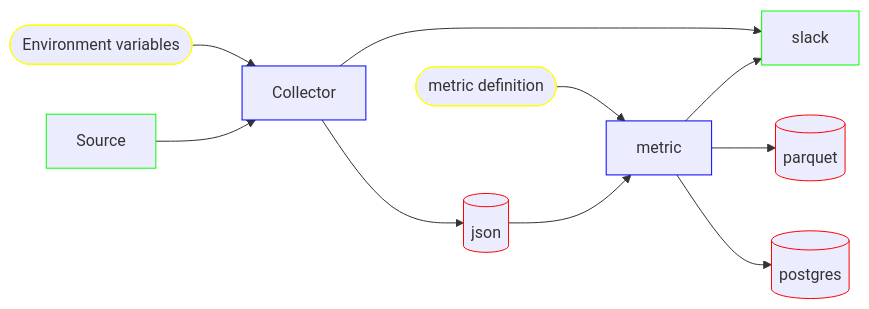
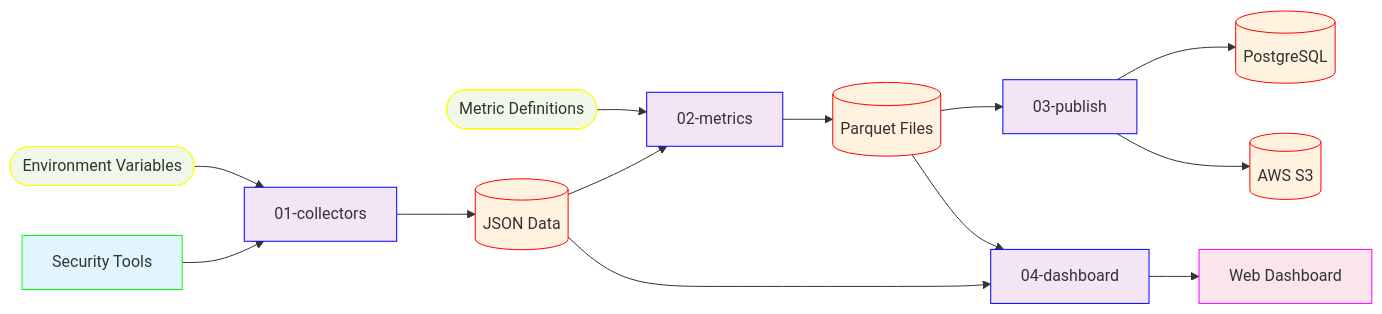
One commit to massyn/cyber-metrics changed the diagram in README.md. Above: the diagram before and after it, drawn with Mermaid. The commit also changed other lines of this file and 21 other files, not shown here.

````diff
--- a/README.md
+++ b/README.md
@@ -25,32 +26,38 @@
 ```mermaid
 graph LR
-
-    slack:::external
-    source[Source]:::external
-    collector[Collector]:::theme
-    env([Environment variables]):::config
-    json[(json)]:::data
+    source[Security Tools]:::external
+    collector[01-collectors]:::component
+    metrics[02-metrics]:::component
+    publish[03-publish]:::component
+    dashboard[04-dashboard]:::component
+    
+    env([Environment Variables]):::config
+    yaml([Metric Definitions]):::config
+    json[(JSON Data)]:::data
+    parquet[(Parquet Files)]:::data
+    postgres[(PostgreSQL)]:::data
+    s3[(AWS S3)]:::data
+    web[Web Dashboard]:::output
 
     env --> collector
     source --> collector
-
-    collector --> slack
-
-    yaml([metric definition]):::config
-    parquet[(parquet)]:::data
-    postgres[(postgres)]:::data
-    metric:::theme
-
     collector --> json
-
-    yaml --> metric
-    json --> metric
-    metric --> parquet
-    metric --> postgres
-    metric --> slack
     
-    classDef external stroke:#0f0
-    classDef theme stroke:#00f
-    classDef data stroke:#f00
-    classDef config stroke:#ff0
+    yaml --> metrics
+    json --> metrics
+    metrics --> parquet
+    
+    parquet --> publish
+    publish --> postgres
+    publish --> s3
+    
+    json --> dashboard
+    parquet --> dashboard
+    dashboard --> web
+    
+    classDef external stroke:#0f0,fill:#e1f5fe
+    classDef component stroke:#00f,fill:#f3e5f5
+    classDef data stroke:#f00,fill:#fff3e0
+    classDef config stroke:#ff0,fill:#f1f8e9
+    classDef output stroke:#f0f,fill:#fce4ec
 ```
````
